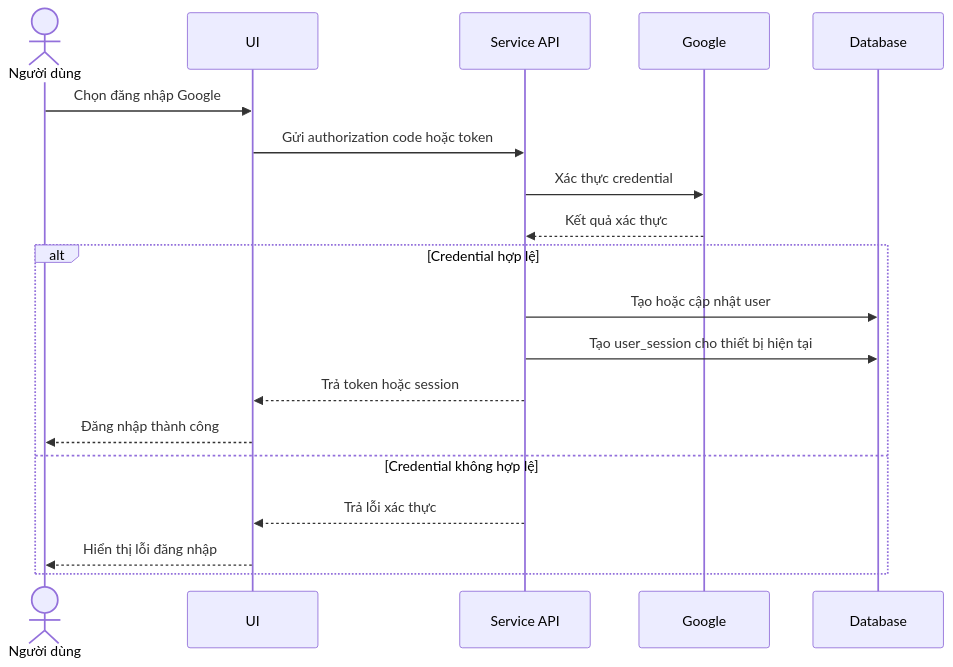
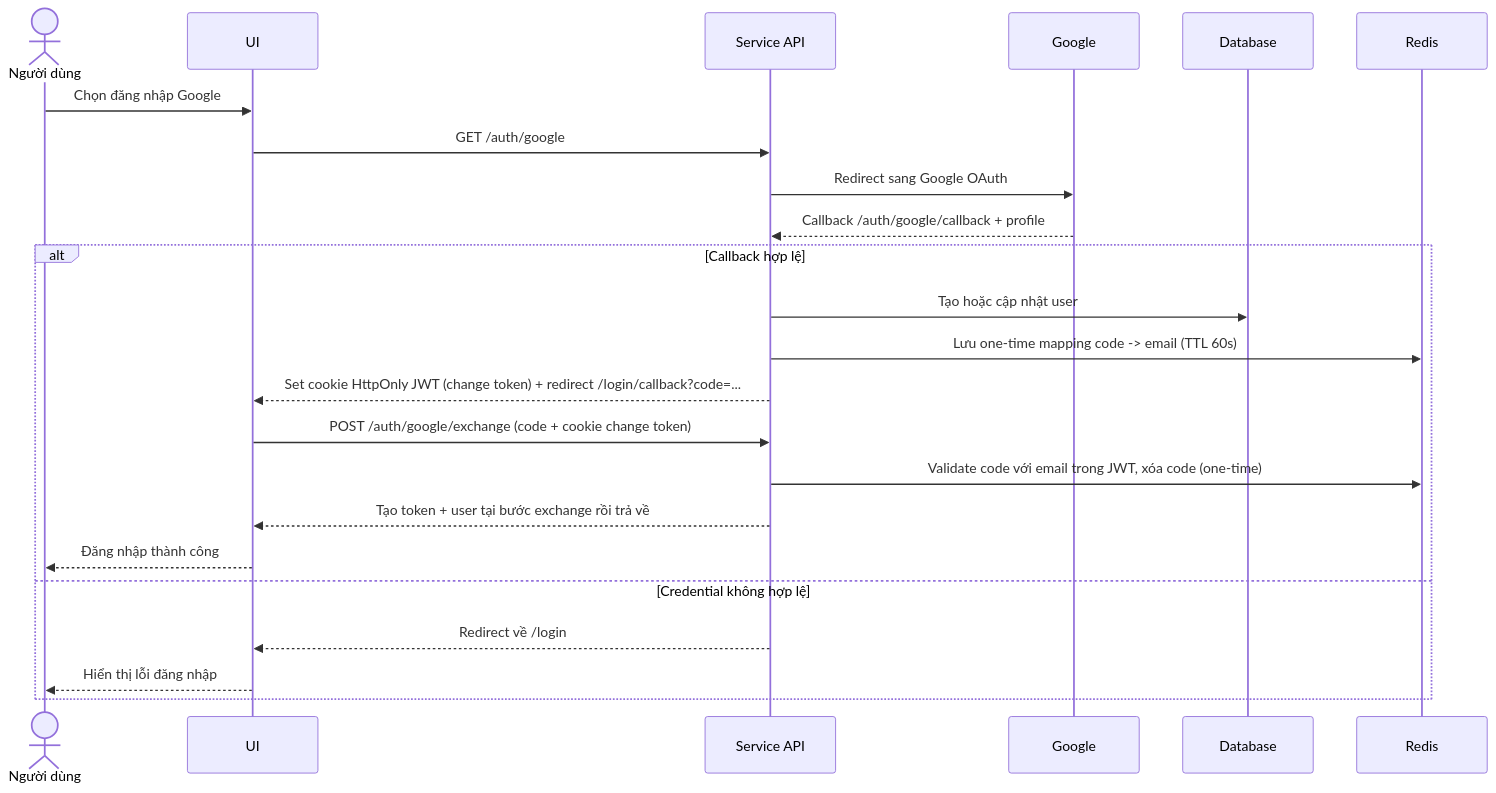
The second of 6 diagrams in docs/thiet-ke-he-thong-20260522.md (CVThien2k2/joytab), drawn with Mermaid before and after one commit. The commit also changed 49 other files, not shown here.

First line of the commit message:
feat: Implement Google OAuth authentication flow with session management

````diff
--- a/docs/thiet-ke-he-thong-20260522.md
+++ b/docs/thiet-ke-he-thong-20260522.md
@@ -40,22 +40,26 @@
 ```mermaid
 sequenceDiagram
   actor ND as Người dùng
   participant UI
   participant API as Service API
   participant GG as Google
   participant DB as Database
+  participant RD as Redis
 
   ND->>UI: Chọn đăng nhập Google
-  UI->>API: Gửi authorization code hoặc token
-  API->>GG: Xác thực credential
-  GG-->>API: Kết quả xác thực
-  alt Credential hợp lệ
+  UI->>API: GET /auth/google
+  API->>GG: Redirect sang Google OAuth
+  GG-->>API: Callback /auth/google/callback + profile
+  alt Callback hợp lệ
     API->>DB: Tạo hoặc cập nhật user
-    API->>DB: Tạo user_session cho thiết bị hiện tại
-    API-->>UI: Trả token hoặc session
+    API->>RD: Lưu one-time mapping code -> email (TTL 60s)
+    API-->>UI: Set cookie HttpOnly JWT (change token) + redirect /login/callback?code=...
+    UI->>API: POST /auth/google/exchange (code + cookie change token)
+    API->>RD: Validate code với email trong JWT, xóa code (one-time)
+    API-->>UI: Tạo token + user tại bước exchange rồi trả về
     UI-->>ND: Đăng nhập thành công
   else Credential không hợp lệ
-    API-->>UI: Trả lỗi xác thực
+    API-->>UI: Redirect về /login
     UI-->>ND: Hiển thị lỗi đăng nhập
   end
 ```
````
